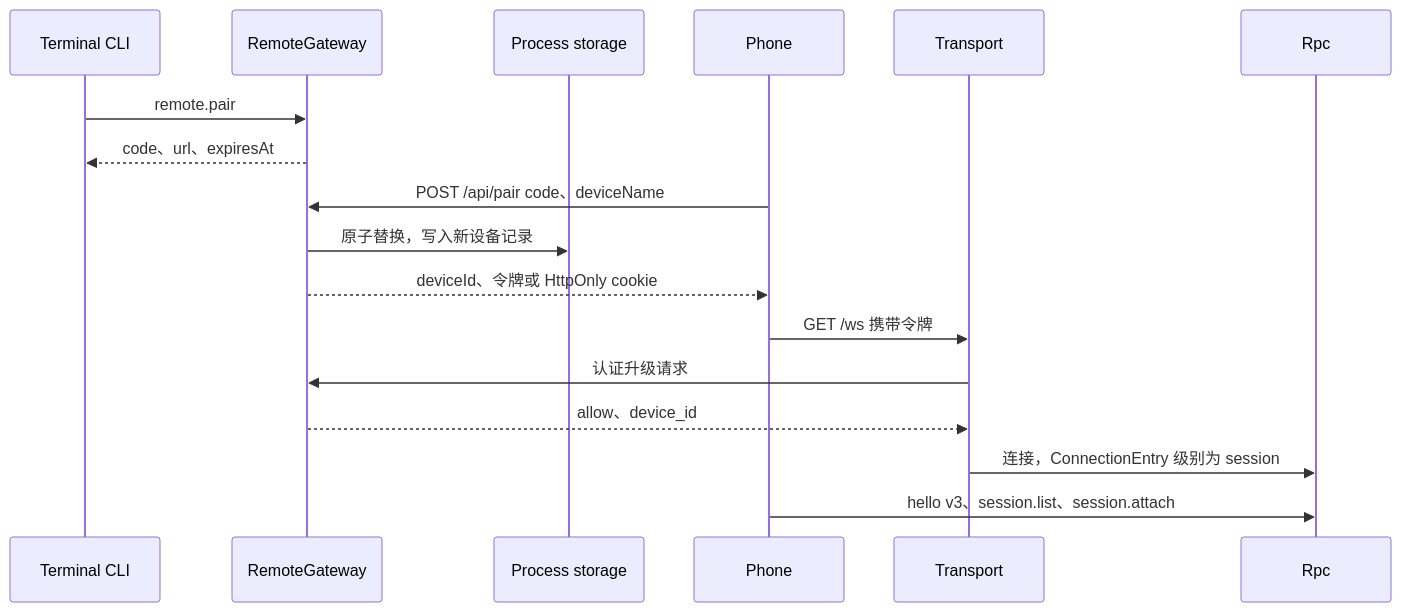
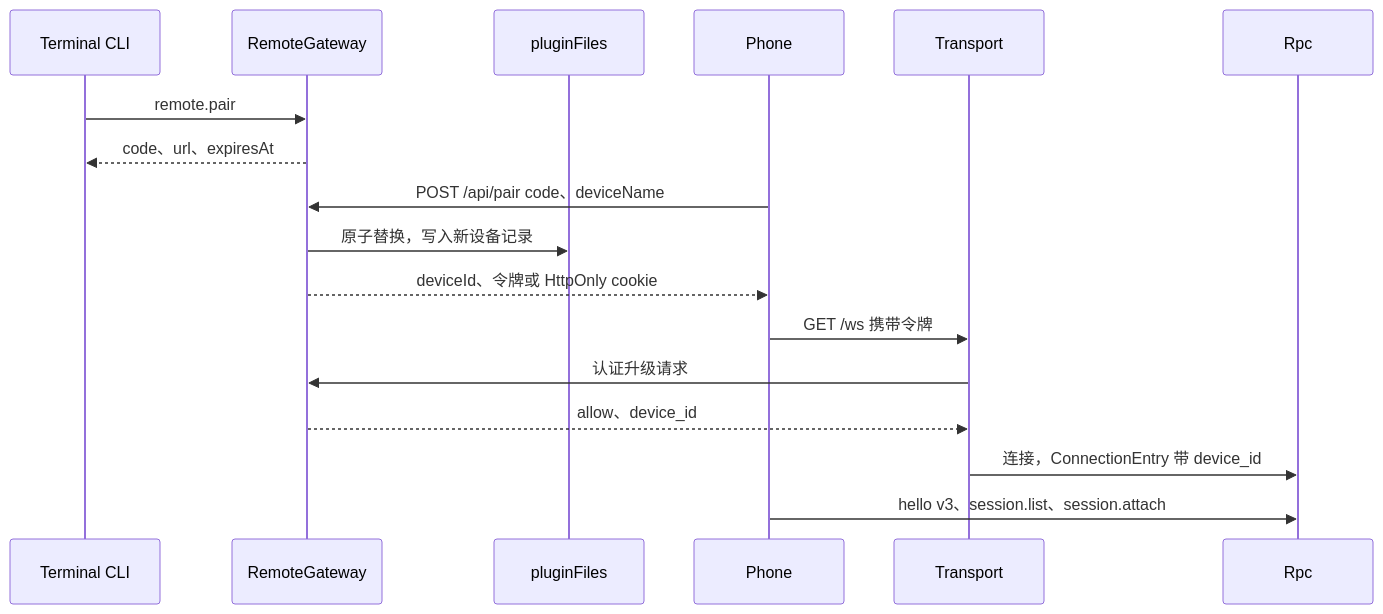
Before and after one commit to CoutinhoTTS/dim-agent: the third of 6 diagrams in docs/zh/design/plugins/RemoteGateway.md, drawn with Mermaid. The commit also changed other lines of this file and 42 other files, not shown here.

````diff
--- a/docs/zh/design/plugins/RemoteGateway.md
+++ b/docs/zh/design/plugins/RemoteGateway.md
@@ -76,19 +76,19 @@
 ```mermaid
 sequenceDiagram
   participant U as Terminal CLI
   participant RG as RemoteGateway
-  participant PS as Process storage
+  participant PS as pluginFiles
   participant D as Phone
   participant T as Transport
   participant R as Rpc
   U->>RG: remote.pair
   RG-->>U: code、url、expiresAt
   D->>RG: POST /api/pair code、deviceName
   RG->>PS: 原子替换，写入新设备记录
   RG-->>D: deviceId、令牌或 HttpOnly cookie
   D->>T: GET /ws 携带令牌
   T->>RG: 认证升级请求
   RG-->>T: allow、device_id
-  T->>R: 连接，ConnectionEntry 级别为 session
+  T->>R: 连接，ConnectionEntry 带 device_id
   D->>R: hello v3、session.list、session.attach
 ```
````
